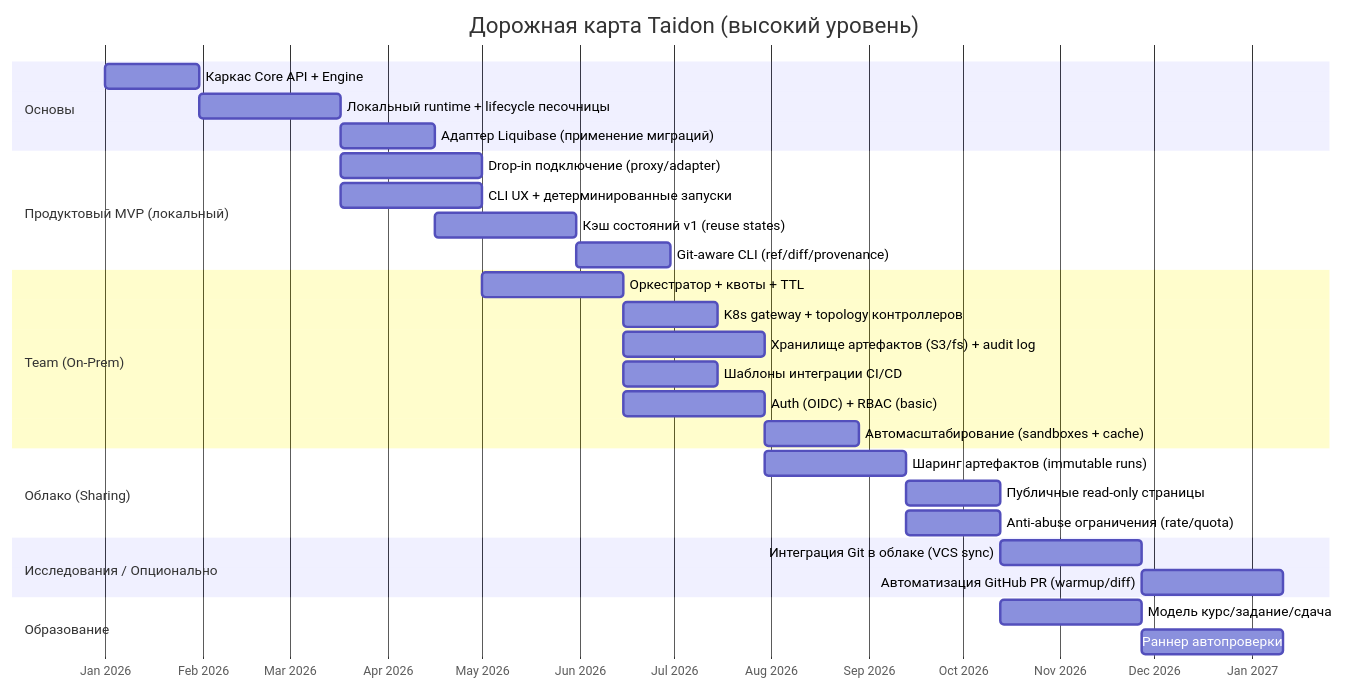
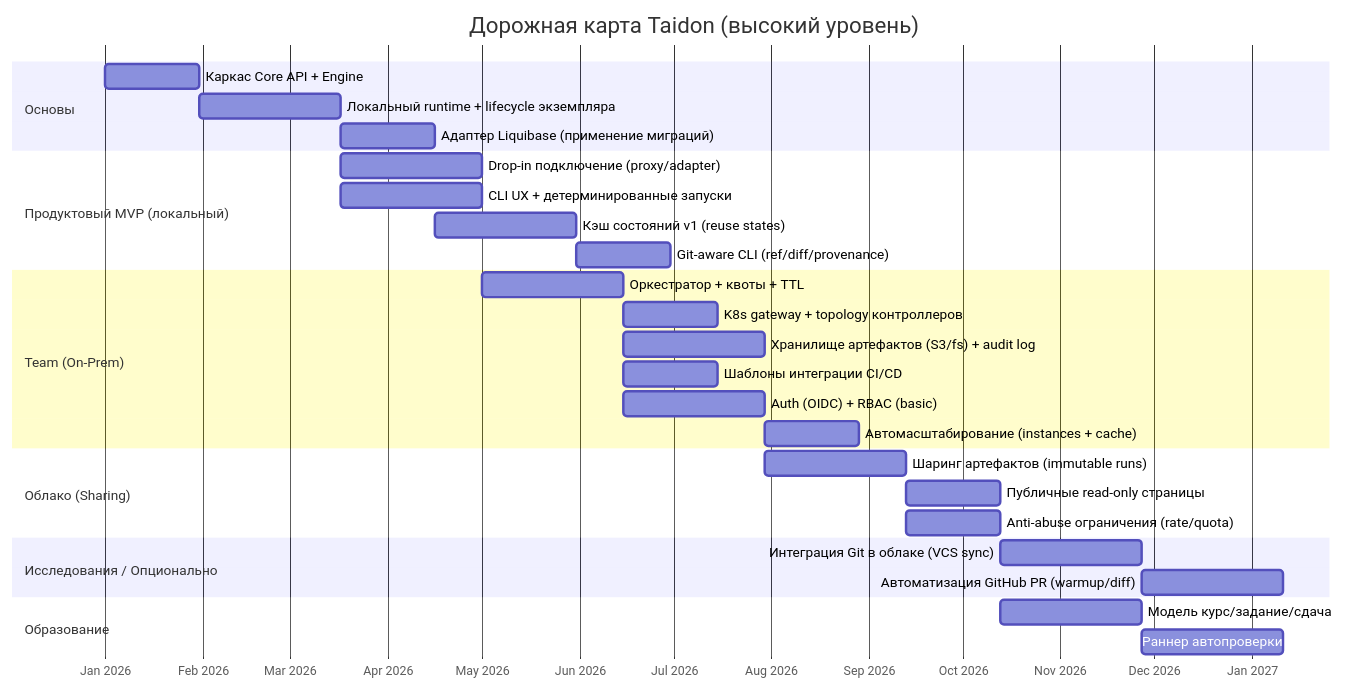
The diagram in docs/roadmap.RU.md (kimak-irmagi/taidon), drawn with Mermaid before and after one commit. The commit also changed other lines of this file and 90 other files, not shown here.

````diff
--- a/docs/roadmap.RU.md
+++ b/docs/roadmap.RU.md
@@ -26,38 +26,38 @@
 ```mermaid
 gantt
     title Дорожная карта Taidon (высокий уровень)
     dateFormat  YYYY-MM-DD
     axisFormat  %b %Y
 
     section Основы
     Каркас Core API + Engine                  :a1, 2026-01-01, 30d
-    Локальный runtime + lifecycle песочницы   :a2, after a1, 45d
+    Локальный runtime + lifecycle экземпляра   :a2, after a1, 45d
     Адаптер Liquibase (применение миграций)   :a3, after a2, 30d
 
     section Продуктовый MVP (локальный)
     Drop-in подключение (proxy/adapter)       :b1, after a2, 45d
     CLI UX + детерминированные запуски        :b2, after a2, 45d
     Кэш состояний v1 (reuse states)           :b3, after a3, 45d
     Git-aware CLI (ref/diff/provenance)       :b4, after b3, 30d
 
     section Team (On-Prem)
     Оркестратор + квоты + TTL                 :c1, after b2, 45d
     K8s gateway + topology контроллеров       :c6, after c1, 30d
     Хранилище артефактов (S3/fs) + audit log  :c2, after c1, 45d
     Шаблоны интеграции CI/CD                  :c3, after c1, 30d
     Auth (OIDC) + RBAC (basic)                :c4, after c1, 45d
-    Автомасштабирование (sandboxes + cache)   :c5, after c2, 30d
+    Автомасштабирование (instances + cache)   :c5, after c2, 30d
 
     section Облако (Sharing)
     Шаринг артефактов (immutable runs)        :d1, after c2, 45d
     Публичные read-only страницы              :d2, after d1, 30d
     Anti-abuse ограничения (rate/quota)       :d3, after d1, 30d
 
     section Исследования / Опционально
     Интеграция Git в облаке (VCS sync)        :o1, after d2, 45d
     Автоматизация GitHub PR (warmup/diff)     :o2, after o1, 45d
 
     section Образование
     Модель курс/задание/сдача                 :e1, after d2, 45d
     Раннер автопроверки                       :e2, after e1, 45d
 ```
````
